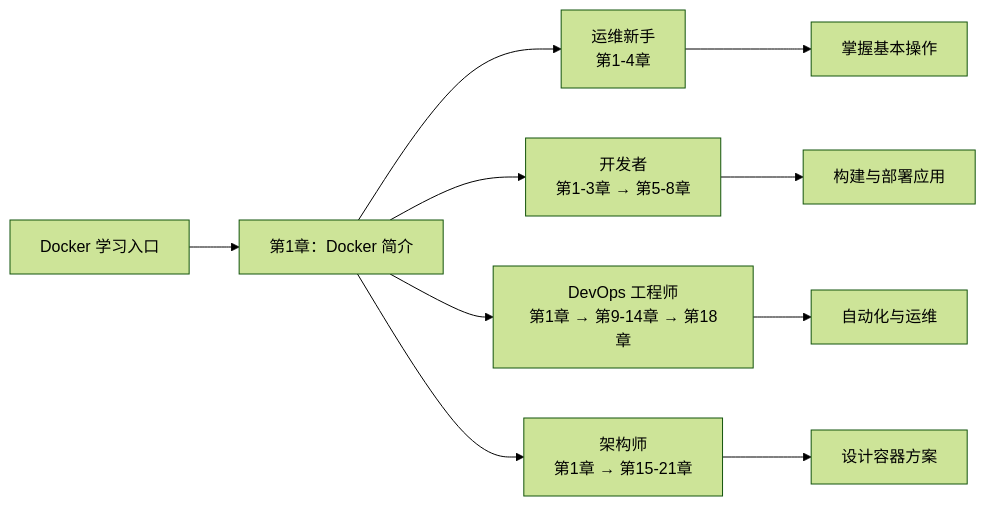
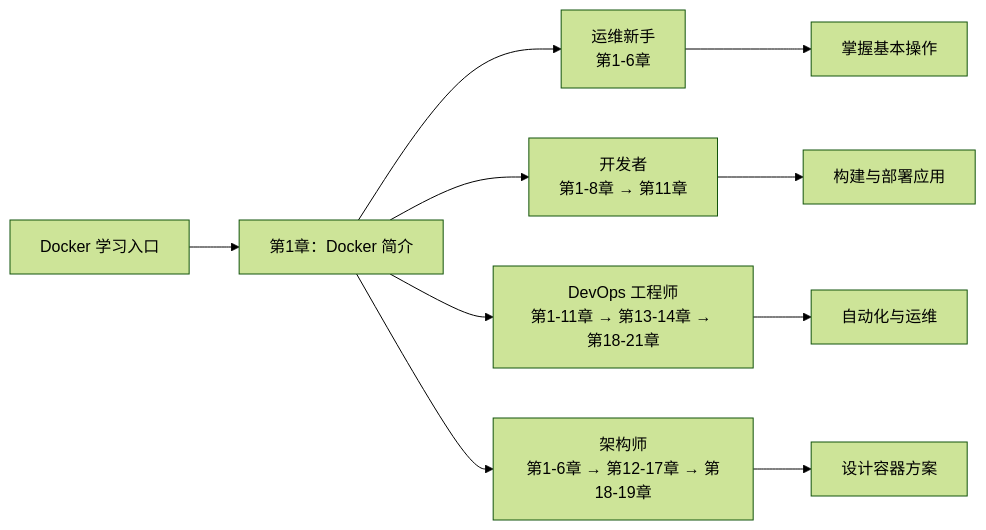
The diagram in README.md (yeasy/docker_practice), drawn with Mermaid (forest theme) before and after one commit. The commit also changed other lines of this file and 66 other files, not shown here.

````diff
--- a/README.md
+++ b/README.md
@@ -47,14 +47,14 @@
 ```mermaid
 graph LR
     Start[Docker 学习入口] --> Ch1[第1章：Docker 简介]
 
-    Ch1 --> Role1["运维新手<br/>第1-4章"]
-    Ch1 --> Role2["开发者<br/>第1-3章 → 第5-8章"]
-    Ch1 --> Role3["DevOps 工程师<br/>第1章 → 第9-14章 → 第18章"]
-    Ch1 --> Role4["架构师<br/>第1章 → 第15-21章"]
+    Ch1 --> Role1["运维新手<br/>第1-6章"]
+    Ch1 --> Role2["开发者<br/>第1-8章 → 第11章"]
+    Ch1 --> Role3["DevOps 工程师<br/>第1-11章 → 第13-14章 → 第18-21章"]
+    Ch1 --> Role4["架构师<br/>第1-6章 → 第12-17章 → 第18-19章"]
 
     Role1 --> End1["掌握基本操作"]
     Role2 --> End2["构建与部署应用"]
     Role3 --> End3["自动化与运维"]
     Role4 --> End4["设计容器方案"]
 ```
````
